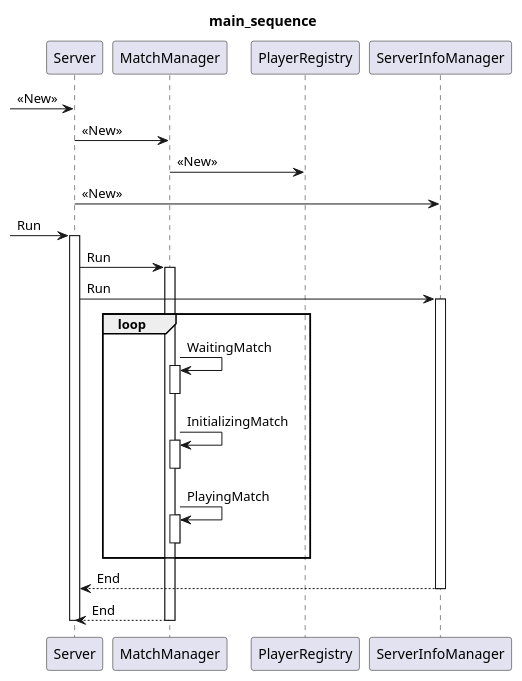
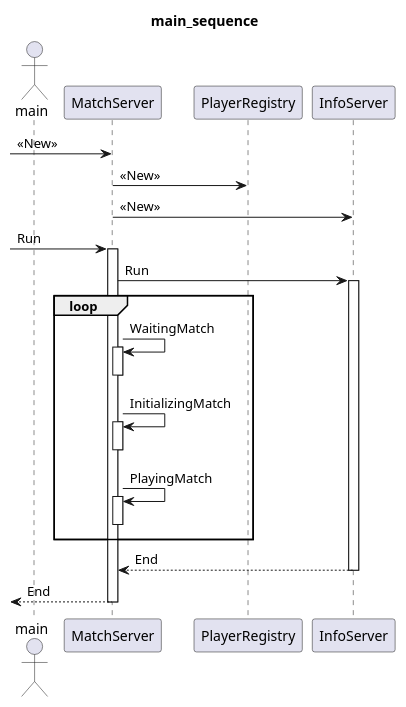
Before and after one commit to lemunozm/asciiarena-js: the diagram in doc/design/server/main_sequence.puml, drawn with PlantUML. The commit also changed 13 other files, not shown here.

Commit message:
InfoServer working. Added colored logs.

```diff
--- a/doc/design/server/main_sequence.puml
+++ b/doc/design/server/main_sequence.puml
@@ -1,33 +1,31 @@
 @startuml
 
 title main_sequence
 
-[-> Server : <<New>>
-Server -> MatchManager : <<New>>
-MatchManager -> PlayerRegistry : <<New>>
-Server -> ServerInfoManager : <<New>>
+actor main
 
-[-> Server : Run
-activate Server
-Server -> MatchManager : Run
-activate MatchManager
-Server -> ServerInfoManager : Run
-activate ServerInfoManager
+[-> MatchServer : <<New>>
+MatchServer -> PlayerRegistry : <<New>>
+MatchServer -> InfoServer : <<New>>
+
+[-> MatchServer : Run
+activate MatchServer
+MatchServer -> InfoServer : Run
+activate InfoServer
 loop
-    MatchManager -> MatchManager : WaitingMatch
-    activate MatchManager
-    deactivate MatchManager
-    MatchManager -> MatchManager : InitializingMatch
-    activate MatchManager
-    deactivate MatchManager
-    MatchManager -> MatchManager : PlayingMatch
-    activate MatchManager
-    deactivate MatchManager
+    MatchServer -> MatchServer : WaitingMatch
+    activate MatchServer
+    deactivate MatchServer
+    MatchServer -> MatchServer : InitializingMatch
+    activate MatchServer
+    deactivate MatchServer
+    MatchServer -> MatchServer : PlayingMatch
+    activate MatchServer
+    deactivate MatchServer
 end
-Server <-- ServerInfoManager : End
-deactivate ServerInfoManager
-Server <-- MatchManager : End
-deactivate MatchManager
-deactivate Server
+MatchServer <-- InfoServer : End
+deactivate InfoServer
+[<-- MatchServer : End
+deactivate MatchServer
 
 @enduml
```
